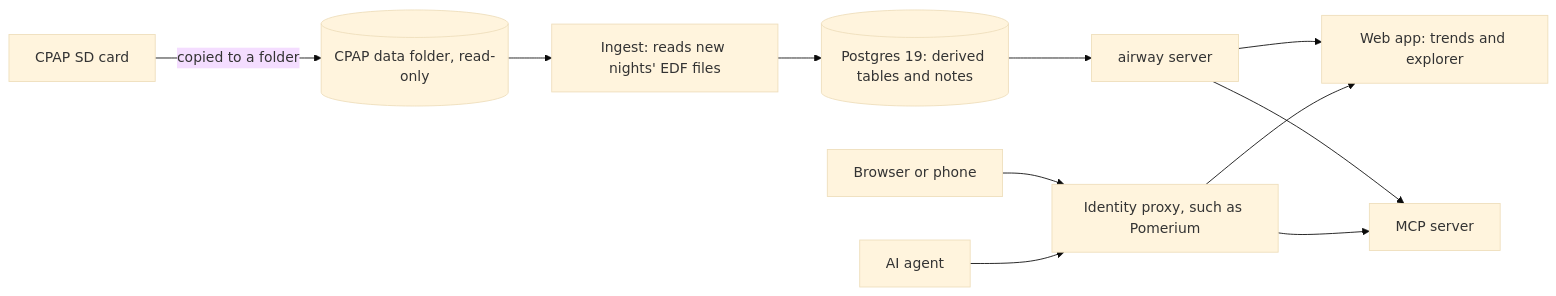
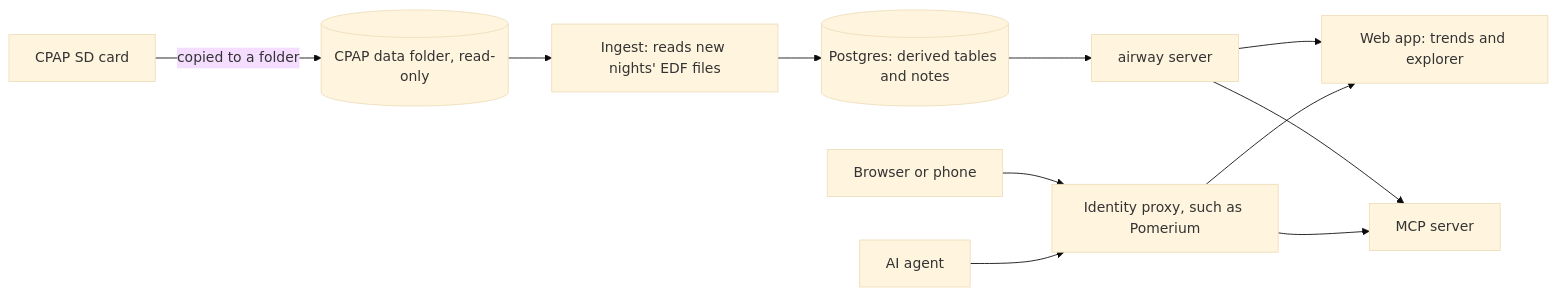
The diagram in README.md (bojanrajkovic/airway), drawn with Mermaid (base theme) before and after one commit. The commit also changed 4 other files, not shown here.

````diff
--- a/README.md
+++ b/README.md
@@ -15,13 +15,13 @@
 ```mermaid
 flowchart LR
   card[CPAP SD card] -->|copied to a folder| data[(CPAP data folder, read-only)]
   data --> ingest[Ingest: reads new nights' EDF files]
-  ingest --> pg[(Postgres 19: derived tables and notes)]
+  ingest --> pg[(Postgres: derived tables and notes)]
   pg --> server[airway server]
   server --> web[Web app: trends and explorer]
   server --> mcp[MCP server]
   browser[Browser or phone] --> proxy[Identity proxy, such as Pomerium]
   agent[AI agent] --> proxy
   proxy --> web
   proxy --> mcp
 ```
````
